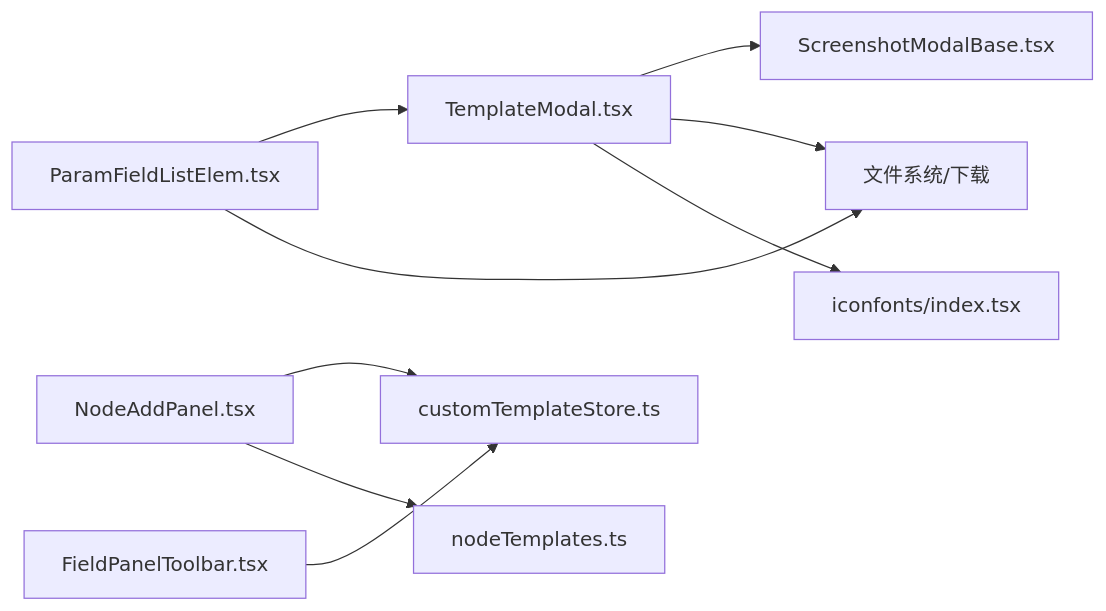
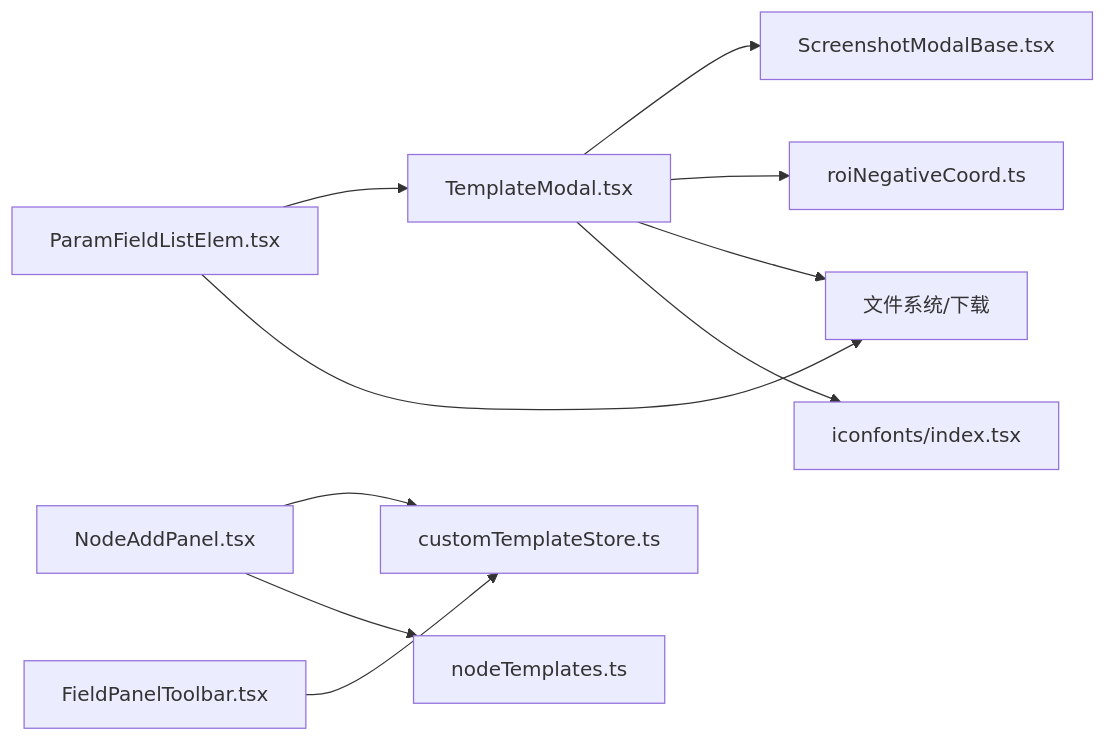
Before and after one commit to kqcoxn/MaaPipelineEditor: the fourth of 4 diagrams in .qoder/repowiki/zh/content/核心概念/模板创建模态框.md, drawn with Mermaid. The commit also changed other lines of this file and 9 other files, not shown here.

````diff
--- a/.qoder/repowiki/zh/content/核心概念/模板创建模态框.md
+++ b/.qoder/repowiki/zh/content/核心概念/模板创建模态框.md
@@ -235,11 +285,12 @@
 ```mermaid
 graph LR
 PFLE["ParamFieldListElem.tsx"] --> TM["TemplateModal.tsx"]
 TM --> SMB["ScreenshotModalBase.tsx"]
+TM --> RNC["roiNegativeCoord.ts"]
 TM --> FS["文件系统/下载"]
 PFLE --> FS
 NAP["NodeAddPanel.tsx"] --> CTS["customTemplateStore.ts"]
 NAP --> NT["nodeTemplates.ts"]
 FPT["FieldPanelToolbar.tsx"] --> CTS
 TM --> IF["iconfonts/index.tsx"]
 ```
````
